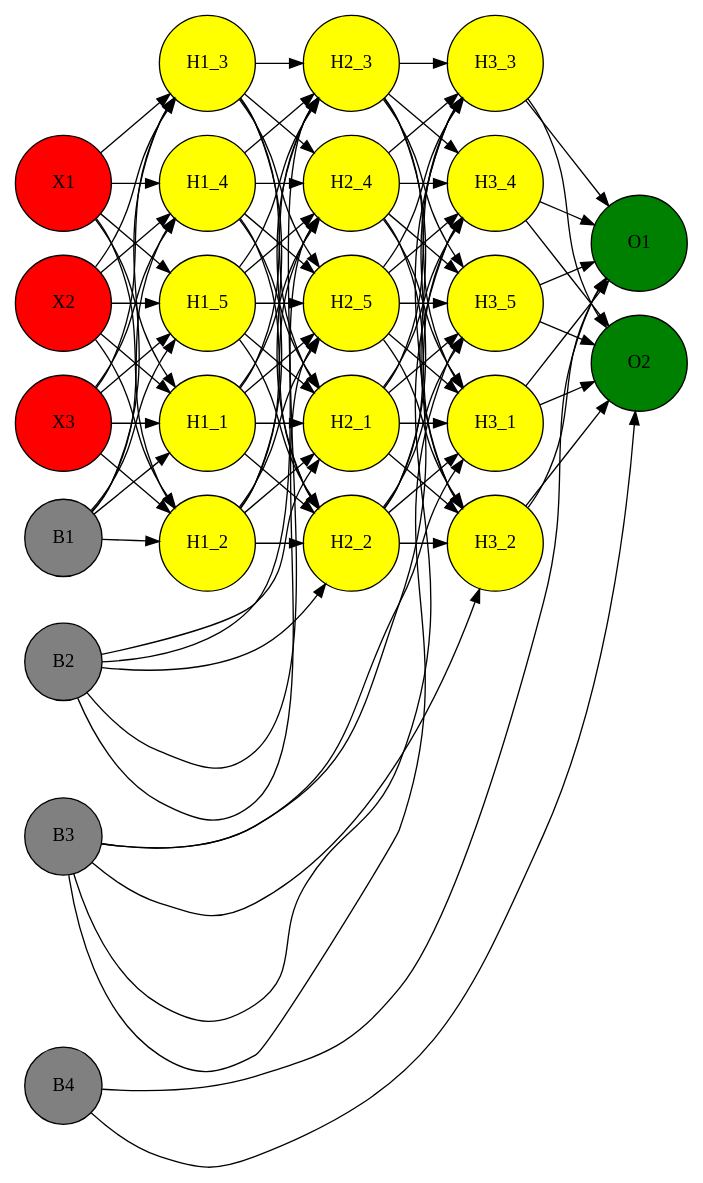
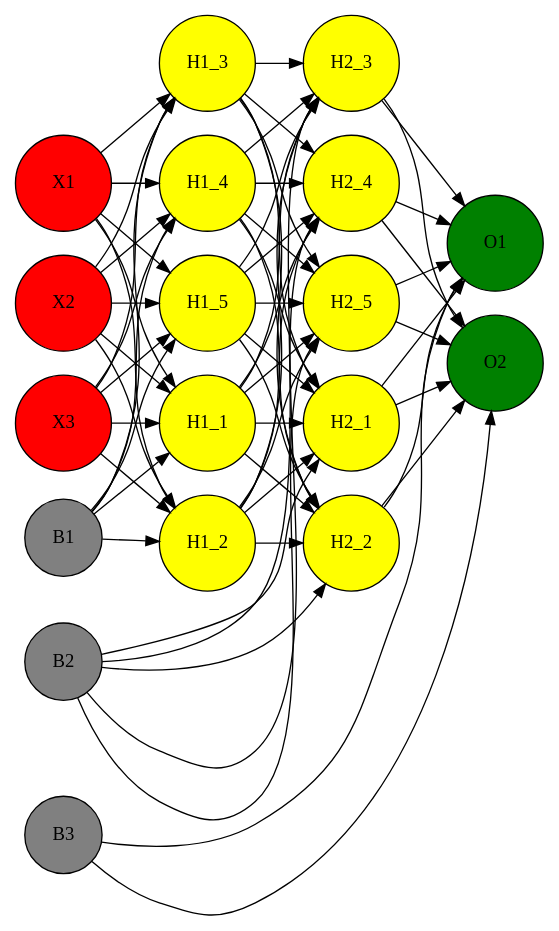
Before and after one commit to miannetopokki/IF3270_Tubes1_MachineLearning: the diagram in src/mlp.dot, drawn with Graphviz. The commit also changed 3 other files, not shown here.

```diff
--- a/src/mlp.dot
+++ b/src/mlp.dot
@@ -1,123 +1,86 @@
 digraph {
 	graph [rankdir=LR]
 	input0 [label=X1 fillcolor=red height=1.0 shape=circle style=filled width=1.0]
 	input1 [label=X2 fillcolor=red height=1.0 shape=circle style=filled width=1.0]
 	input2 [label=X3 fillcolor=red height=1.0 shape=circle style=filled width=1.0]
 	layer0_neuron0 [label=H1_1 fillcolor=yellow height=1.0 shape=circle style=filled width=1.0]
 	layer0_neuron1 [label=H1_2 fillcolor=yellow height=1.0 shape=circle style=filled width=1.0]
 	layer0_neuron2 [label=H1_3 fillcolor=yellow height=1.0 shape=circle style=filled width=1.0]
 	layer0_neuron3 [label=H1_4 fillcolor=yellow height=1.0 shape=circle style=filled width=1.0]
 	layer0_neuron4 [label=H1_5 fillcolor=yellow height=1.0 shape=circle style=filled width=1.0]
 	bias1 [label=B1 fillcolor=gray height=0.8 shape=circle style=filled width=0.8]
 	rank=same
 	bias1 -> layer0_neuron0 [constraint=false]
 	bias1 -> layer0_neuron1 [constraint=false]
 	bias1 -> layer0_neuron2 [constraint=false]
 	bias1 -> layer0_neuron3 [constraint=false]
 	bias1 -> layer0_neuron4 [constraint=false]
 	layer1_neuron0 [label=H2_1 fillcolor=yellow height=1.0 shape=circle style=filled width=1.0]
 	layer1_neuron1 [label=H2_2 fillcolor=yellow height=1.0 shape=circle style=filled width=1.0]
 	layer1_neuron2 [label=H2_3 fillcolor=yellow height=1.0 shape=circle style=filled width=1.0]
 	layer1_neuron3 [label=H2_4 fillcolor=yellow height=1.0 shape=circle style=filled width=1.0]
 	layer1_neuron4 [label=H2_5 fillcolor=yellow height=1.0 shape=circle style=filled width=1.0]
 	bias2 [label=B2 fillcolor=gray height=0.8 shape=circle style=filled width=0.8]
 	rank=same
 	bias2 -> layer1_neuron0 [constraint=false]
 	bias2 -> layer1_neuron1 [constraint=false]
 	bias2 -> layer1_neuron2 [constraint=false]
 	bias2 -> layer1_neuron3 [constraint=false]
 	bias2 -> layer1_neuron4 [constraint=false]
-	layer2_neuron0 [label=H3_1 fillcolor=yellow height=1.0 shape=circle style=filled width=1.0]
-	layer2_neuron1 [label=H3_2 fillcolor=yellow height=1.0 shape=circle style=filled width=1.0]
-	layer2_neuron2 [label=H3_3 fillcolor=yellow height=1.0 shape=circle style=filled width=1.0]
-	layer2_neuron3 [label=H3_4 fillcolor=yellow height=1.0 shape=circle style=filled width=1.0]
-	layer2_neuron4 [label=H3_5 fillcolor=yellow height=1.0 shape=circle style=filled width=1.0]
+	layer2_neuron0 [label=O1 fillcolor=green height=1.0 shape=circle style=filled width=1.0]
+	layer2_neuron1 [label=O2 fillcolor=green height=1.0 shape=circle style=filled width=1.0]
 	bias3 [label=B3 fillcolor=gray height=0.8 shape=circle style=filled width=0.8]
 	rank=same
 	bias3 -> layer2_neuron0 [constraint=false]
 	bias3 -> layer2_neuron1 [constraint=false]
-	bias3 -> layer2_neuron2 [constraint=false]
-	bias3 -> layer2_neuron3 [constraint=false]
-	bias3 -> layer2_neuron4 [constraint=false]
-	layer3_neuron0 [label=O1 fillcolor=green height=1.0 shape=circle style=filled width=1.0]
-	layer3_neuron1 [label=O2 fillcolor=green height=1.0 shape=circle style=filled width=1.0]
-	bias4 [label=B4 fillcolor=gray height=0.8 shape=circle style=filled width=0.8]
-	rank=same
-	bias4 -> layer3_neuron0 [constraint=false]
-	bias4 -> layer3_neuron1 [constraint=false]
 	input0 -> layer0_neuron0
 	input0 -> layer0_neuron1
 	input0 -> layer0_neuron2
 	input0 -> layer0_neuron3
 	input0 -> layer0_neuron4
 	input1 -> layer0_neuron0
 	input1 -> layer0_neuron1
 	input1 -> layer0_neuron2
 	input1 -> layer0_neuron3
 	input1 -> layer0_neuron4
 	input2 -> layer0_neuron0
 	input2 -> layer0_neuron1
 	input2 -> layer0_neuron2
 	input2 -> layer0_neuron3
 	input2 -> layer0_neuron4
 	layer0_neuron0 -> layer1_neuron0
 	layer0_neuron0 -> layer1_neuron1
 	layer0_neuron0 -> layer1_neuron2
 	layer0_neuron0 -> layer1_neuron3
 	layer0_neuron0 -> layer1_neuron4
 	layer0_neuron1 -> layer1_neuron0
 	layer0_neuron1 -> layer1_neuron1
 	layer0_neuron1 -> layer1_neuron2
 	layer0_neuron1 -> layer1_neuron3
 	layer0_neuron1 -> layer1_neuron4
 	layer0_neuron2 -> layer1_neuron0
 	layer0_neuron2 -> layer1_neuron1
 	layer0_neuron2 -> layer1_neuron2
 	layer0_neuron2 -> layer1_neuron3
 	layer0_neuron2 -> layer1_neuron4
 	layer0_neuron3 -> layer1_neuron0
 	layer0_neuron3 -> layer1_neuron1
 	layer0_neuron3 -> layer1_neuron2
 	layer0_neuron3 -> layer1_neuron3
 	layer0_neuron3 -> layer1_neuron4
 	layer0_neuron4 -> layer1_neuron0
 	layer0_neuron4 -> layer1_neuron1
 	layer0_neuron4 -> layer1_neuron2
 	layer0_neuron4 -> layer1_neuron3
 	layer0_neuron4 -> layer1_neuron4
 	layer1_neuron0 -> layer2_neuron0
 	layer1_neuron0 -> layer2_neuron1
-	layer1_neuron0 -> layer2_neuron2
-	layer1_neuron0 -> layer2_neuron3
-	layer1_neuron0 -> layer2_neuron4
 	layer1_neuron1 -> layer2_neuron0
 	layer1_neuron1 -> layer2_neuron1
-	layer1_neuron1 -> layer2_neuron2
-	layer1_neuron1 -> layer2_neuron3
-	layer1_neuron1 -> layer2_neuron4
 	layer1_neuron2 -> layer2_neuron0
 	layer1_neuron2 -> layer2_neuron1
-	layer1_neuron2 -> layer2_neuron2
-	layer1_neuron2 -> layer2_neuron3
-	layer1_neuron2 -> layer2_neuron4
 	layer1_neuron3 -> layer2_neuron0
 	layer1_neuron3 -> layer2_neuron1
-	layer1_neuron3 -> layer2_neuron2
-	layer1_neuron3 -> layer2_neuron3
-	layer1_neuron3 -> layer2_neuron4
 	layer1_neuron4 -> layer2_neuron0
 	layer1_neuron4 -> layer2_neuron1
-	layer1_neuron4 -> layer2_neuron2
-	layer1_neuron4 -> layer2_neuron3
-	layer1_neuron4 -> layer2_neuron4
-	layer2_neuron0 -> layer3_neuron0
-	layer2_neuron0 -> layer3_neuron1
-	layer2_neuron1 -> layer3_neuron0
-	layer2_neuron1 -> layer3_neuron1
-	layer2_neuron2 -> layer3_neuron0
-	layer2_neuron2 -> layer3_neuron1
-	layer2_neuron3 -> layer3_neuron0
-	layer2_neuron3 -> layer3_neuron1
-	layer2_neuron4 -> layer3_neuron0
-	layer2_neuron4 -> layer3_neuron1
 }
```
